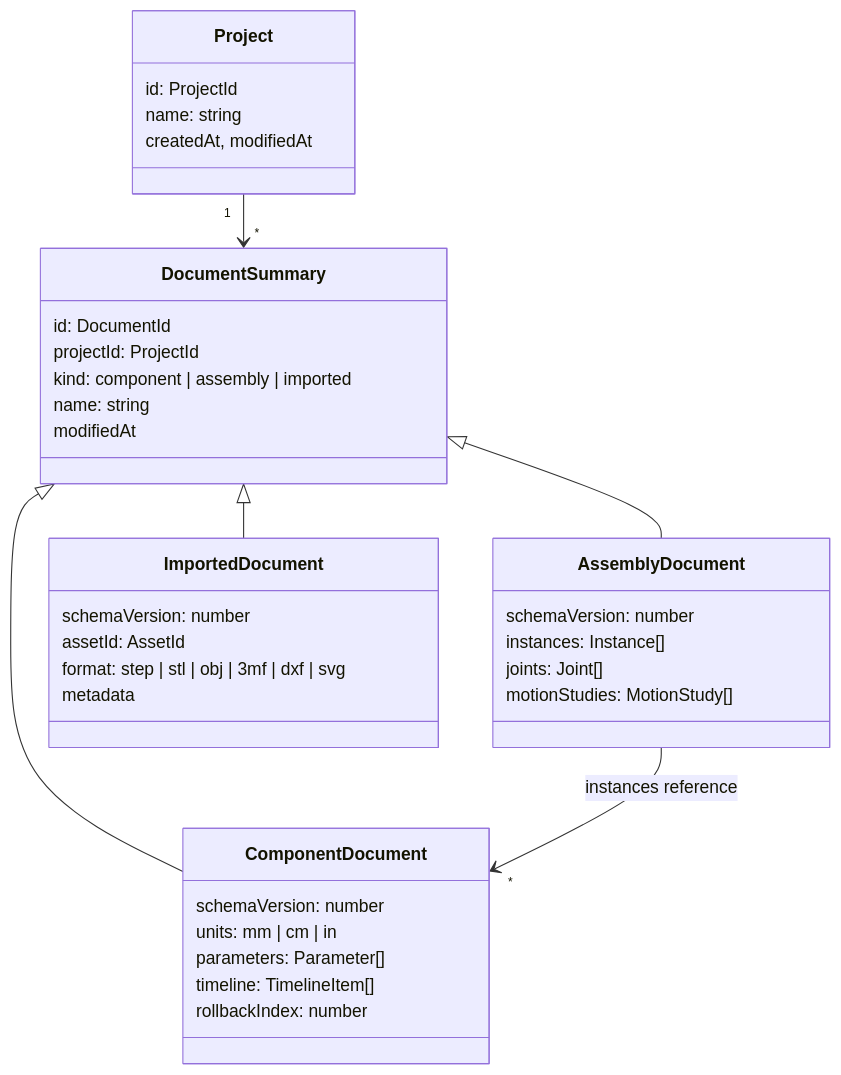
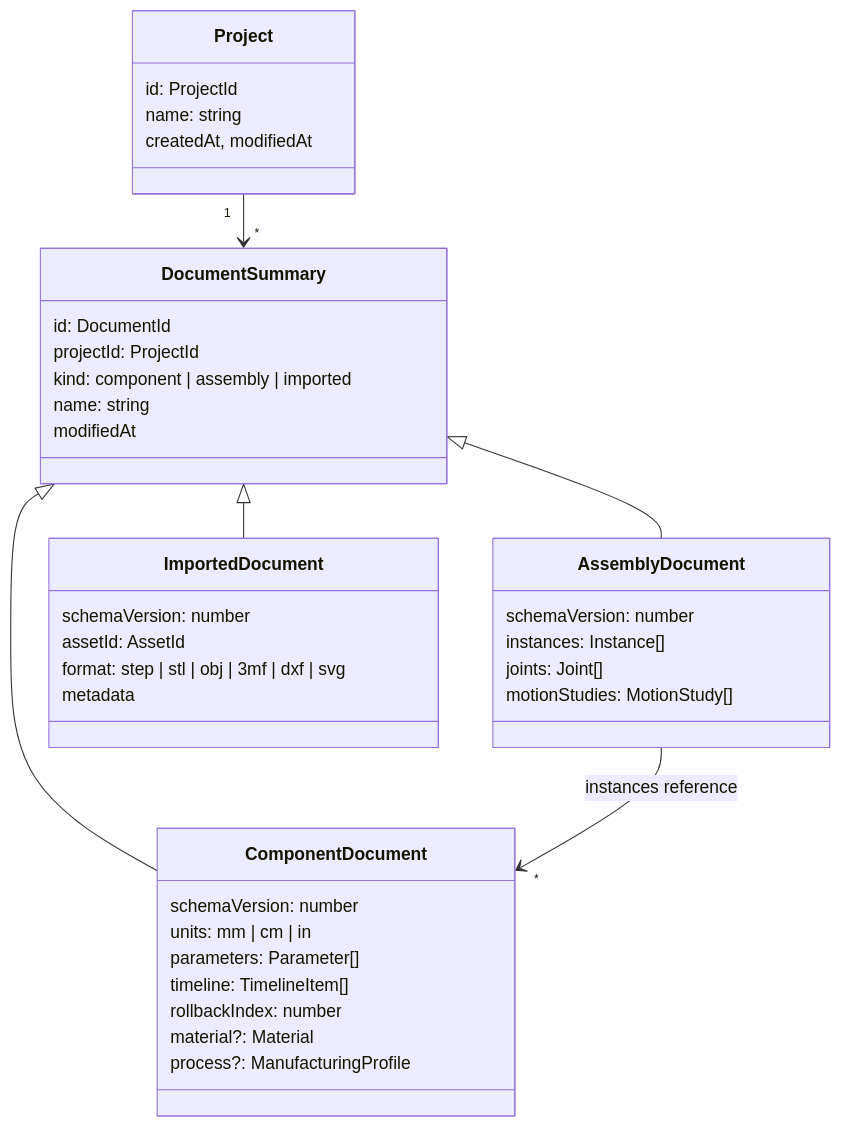
The diagram in docs/Architecture/Document-model.md (h3ll5ur7er/CADence), drawn with Mermaid before and after one commit. The commit also changed other lines of this file and 75 other files, not shown here.

````diff
--- a/docs/Architecture/Document-model.md
+++ b/docs/Architecture/Document-model.md
@@ -9,39 +9,41 @@
 ```mermaid
 classDiagram
   class Project {
     id: ProjectId
     name: string
     createdAt, modifiedAt
   }
   class DocumentSummary {
     id: DocumentId
     projectId: ProjectId
     kind: component | assembly | imported
     name: string
     modifiedAt
   }
   class ComponentDocument {
     schemaVersion: number
     units: mm | cm | in
     parameters: Parameter[]
     timeline: TimelineItem[]
     rollbackIndex: number
+    material?: Material
+    process?: ManufacturingProfile
   }
   class AssemblyDocument {
     schemaVersion: number
     instances: Instance[]
     joints: Joint[]
     motionStudies: MotionStudy[]
   }
   class ImportedDocument {
     schemaVersion: number
     assetId: AssetId
     format: step | stl | obj | 3mf | dxf | svg
     metadata
   }
   Project "1" --> "*" DocumentSummary
   DocumentSummary <|-- ComponentDocument
   DocumentSummary <|-- AssemblyDocument
   DocumentSummary <|-- ImportedDocument
   AssemblyDocument --> "*" ComponentDocument : instances reference
 ```
````
